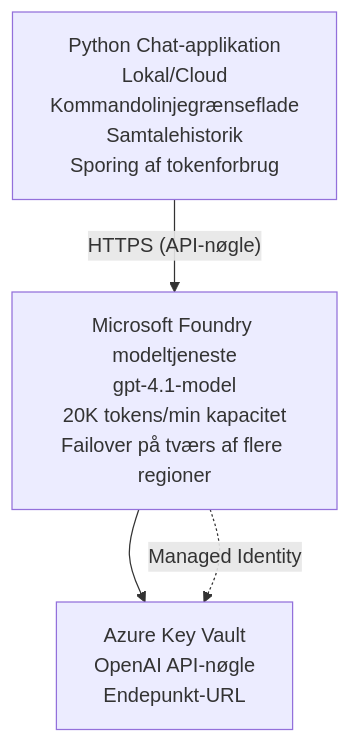
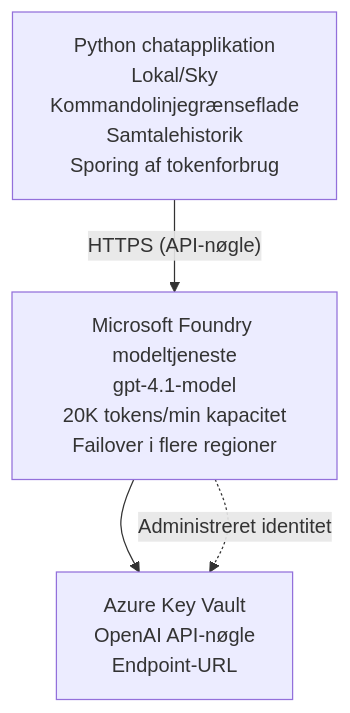
Before and after one commit to microsoft/AZD-for-beginners: the diagram in translations/da/examples/azure-openai-chat/README.md, drawn with Mermaid. The commit also changed other lines of this file and 104 other files, not shown here.

````diff
--- a/translations/da/examples/azure-openai-chat/README.md
+++ b/translations/da/examples/azure-openai-chat/README.md
@@ -26,6 +26,6 @@
 ```mermaid
 graph TD
-    App[Python Chat-applikation<br/>Lokal/Cloud<br/>Kommandolinjegrænseflade<br/>Samtalehistorik<br/>Sporing af tokenforbrug] -- "HTTPS (API-nøgle)" --> Foundry[Microsoft Foundry modeltjeneste<br/>gpt-4.1-model<br/>20K tokens/min kapacitet<br/>Failover på tværs af flere regioner]
-    Foundry --> KV[Azure Key Vault<br/>OpenAI API-nøgle<br/>Endepunkt-URL]
-    Foundry -. Managed Identity .-> KV
+    App[Python chatapplikation<br/>Lokal/Sky<br/>Kommandolinjegrænseflade<br/>Samtalehistorik<br/>Sporing af tokenforbrug] -- "HTTPS (API-nøgle)" --> Foundry[Microsoft Foundry modeltjeneste<br/>gpt-4.1-model<br/>20K tokens/min kapacitet<br/>Failover i flere regioner]
+    Foundry --> KV[Azure Key Vault<br/>OpenAI API-nøgle<br/>Endpoint-URL]
+    Foundry -. Administreret identitet .-> KV
 ```
````
